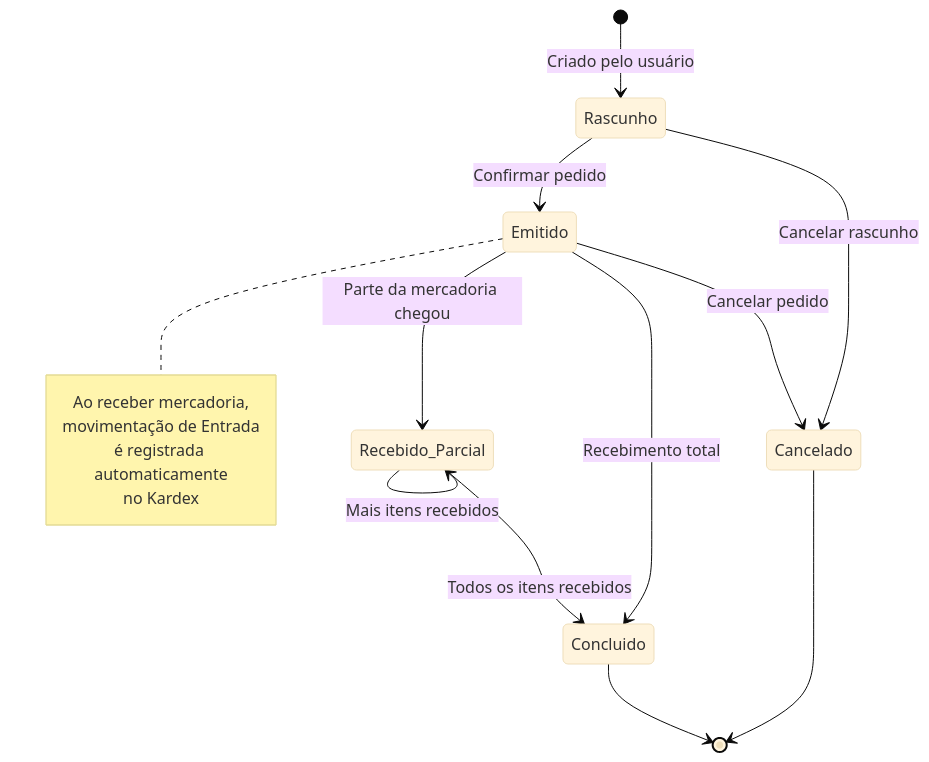
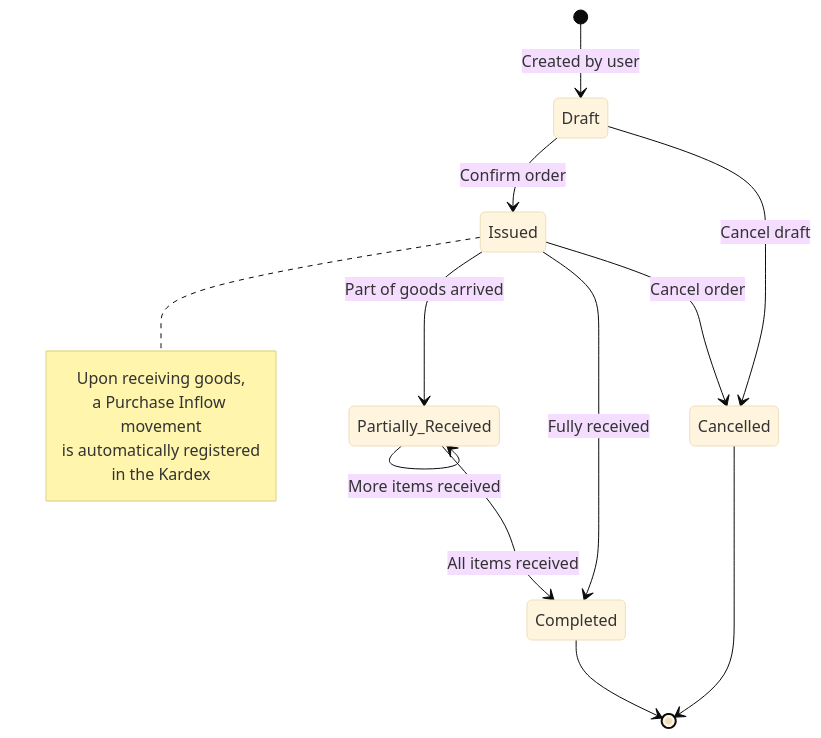
One commit to NicholasGDev/NG-Erp changed the fourth of 6 diagrams in README.md. Above: the diagram before and after it, drawn with Mermaid (base theme). The commit also changed other lines of this file, not shown here.

````diff
--- a/README.md
+++ b/README.md
@@ -86,20 +89,21 @@
 ```mermaid
 stateDiagram-v2
-    [*] --> Rascunho : Criado pelo usuário
-    Rascunho --> Emitido : Confirmar pedido
-    Emitido --> Recebido_Parcial : Parte da mercadoria chegou
-    Recebido_Parcial --> Recebido_Parcial : Mais itens recebidos
-    Recebido_Parcial --> Concluido : Todos os itens recebidos
-    Emitido --> Concluido : Recebimento total
-    Emitido --> Cancelado : Cancelar pedido
-    Rascunho --> Cancelado : Cancelar rascunho
-    Concluido --> [*]
-    Cancelado --> [*]
+    [*] --> Draft : Created by user
+    Draft --> Issued : Confirm order
+    Issued --> Partially_Received : Part of goods arrived
+    Partially_Received --> Partially_Received : More items received
+    Partially_Received --> Completed : All items received
+    Issued --> Completed : Fully received
+    Issued --> Cancelled : Cancel order
+    Draft --> Cancelled : Cancel draft
+    Completed --> [*]
+    Cancelled --> [*]
 
-    note right of Emitido
-        Ao receber mercadoria,
-        movimentação de Entrada
-        é registrada automaticamente
-        no Kardex
+    note right of Issued
+        Upon receiving goods,
+        a Purchase Inflow movement
+        is automatically registered
+        in the Kardex
     end note
+
 ```
````
